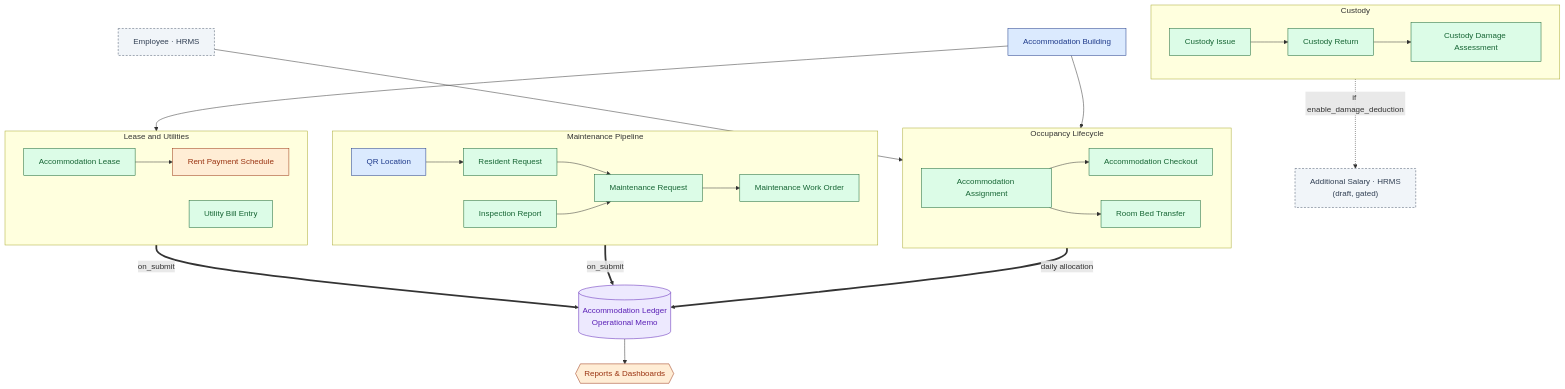
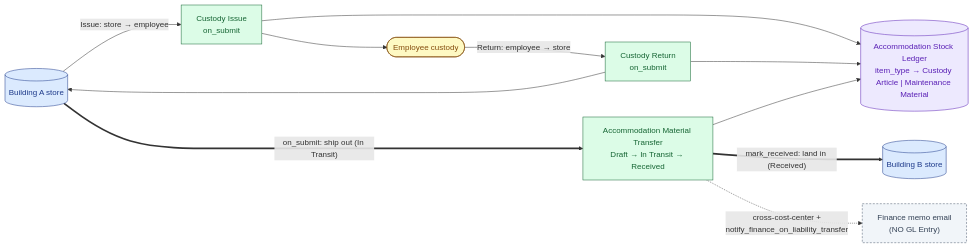
The third of 3 diagrams in README.md (iabodysa/apex), drawn with Mermaid before and after one commit. The commit also changed other lines of this file and 8 other files, not shown here.

````diff
--- a/README.md
+++ b/README.md
@@ -159,61 +139,28 @@
 ```mermaid
-flowchart TB
-    Employee["Employee · HRMS"]:::ext
-    Building["Accommodation Building"]:::master
+flowchart LR
+    StoreA[("Building A store")]:::store
+    StoreB[("Building B store")]:::store
+    Emp([Employee custody]):::cust
 
-    subgraph Occupancy ["Occupancy Lifecycle"]
-        direction LR
-        Assignment["Accommodation Assignment"]:::txn
-        Checkout["Accommodation Checkout"]:::txn
-        Transfer["Room Bed Transfer"]:::txn
-        Assignment --> Checkout
-        Assignment --> Transfer
-    end
+    Issue["Custody Issue<br/>on_submit"]:::txn
+    Return["Custody Return<br/>on_submit"]:::txn
+    Transfer["Accommodation Material Transfer<br/>Draft → In Transit → Received"]:::txn
 
-    subgraph Custody ["Custody"]
-        direction LR
-        Issue["Custody Issue"]:::txn
-        Return["Custody Return"]:::txn
-        Damage["Custody Damage Assessment"]:::txn
-        Issue --> Return --> Damage
-    end
+    StoreA -- "Issue: store → employee" --> Issue --> Emp
+    Emp -- "Return: employee → store" --> Return --> StoreA
+    StoreA == "on_submit: ship out (In Transit)" ==> Transfer
+    Transfer == "mark_received: land in (Received)" ==> StoreB
 
-    subgraph Maint ["Maintenance Pipeline"]
-        direction LR
-        QR["QR Location"]:::master
-        Resident["Resident Request"]:::txn
-        Inspection["Inspection Report"]:::txn
-        Request["Maintenance Request"]:::txn
-        WorkOrder["Maintenance Work Order"]:::txn
-        QR --> Resident --> Request
-        Inspection --> Request --> WorkOrder
-    end
+    Transfer -. "cross-cost-center +<br/>notify_finance_on_liability_transfer" .-> Memo["Finance memo email<br/>(NO GL Entry)"]:::memo
 
-    subgraph LeaseUtil ["Lease and Utilities"]
-        direction LR
-        Lease["Accommodation Lease"]:::txn
-        Rent["Rent Payment Schedule"]:::gen
-        UtilityBill["Utility Bill Entry"]:::txn
-        Lease --> Rent
-    end
+    Ledger[("Accommodation Stock Ledger<br/>item_type → Custody Article | Maintenance Material")]:::sink
+    Issue --> Ledger
+    Return --> Ledger
+    Transfer --> Ledger
 
-    Employee --> Assignment
-    Building --> Assignment
-    Building --> Lease
-
-    Ledger[("Accommodation Ledger<br/>Operational Memo")]:::ledger
-    AddSalary["Additional Salary · HRMS<br/>(draft, gated)"]:::ext
-    Reports{{"Reports &amp; Dashboards"}}:::gen
-
-    Assignment == "daily allocation" ==> Ledger
-    WorkOrder == "on_submit" ==> Ledger
-    UtilityBill == "on_submit" ==> Ledger
-    Damage -. "if enable_damage_deduction" .-> AddSalary
-    Ledger --> Reports
-
-    classDef master fill:#dbeafe,stroke:#1e3a8a,color:#1e3a8a;
+    classDef store fill:#dbeafe,stroke:#1e3a8a,color:#1e3a8a;
+    classDef cust fill:#fef9c3,stroke:#854d0e,color:#854d0e;
     classDef txn fill:#dcfce7,stroke:#166534,color:#166534;
-    classDef gen fill:#ffedd5,stroke:#9a3412,color:#9a3412;
-    classDef ledger fill:#ede9fe,stroke:#5b21b6,color:#5b21b6;
-    classDef ext fill:#f1f5f9,stroke:#475569,color:#334155,stroke-dasharray:4 3;
+    classDef sink fill:#ede9fe,stroke:#5b21b6,color:#5b21b6;
+    classDef memo fill:#f1f5f9,stroke:#475569,color:#334155,stroke-dasharray:4 3;
 ```
````
